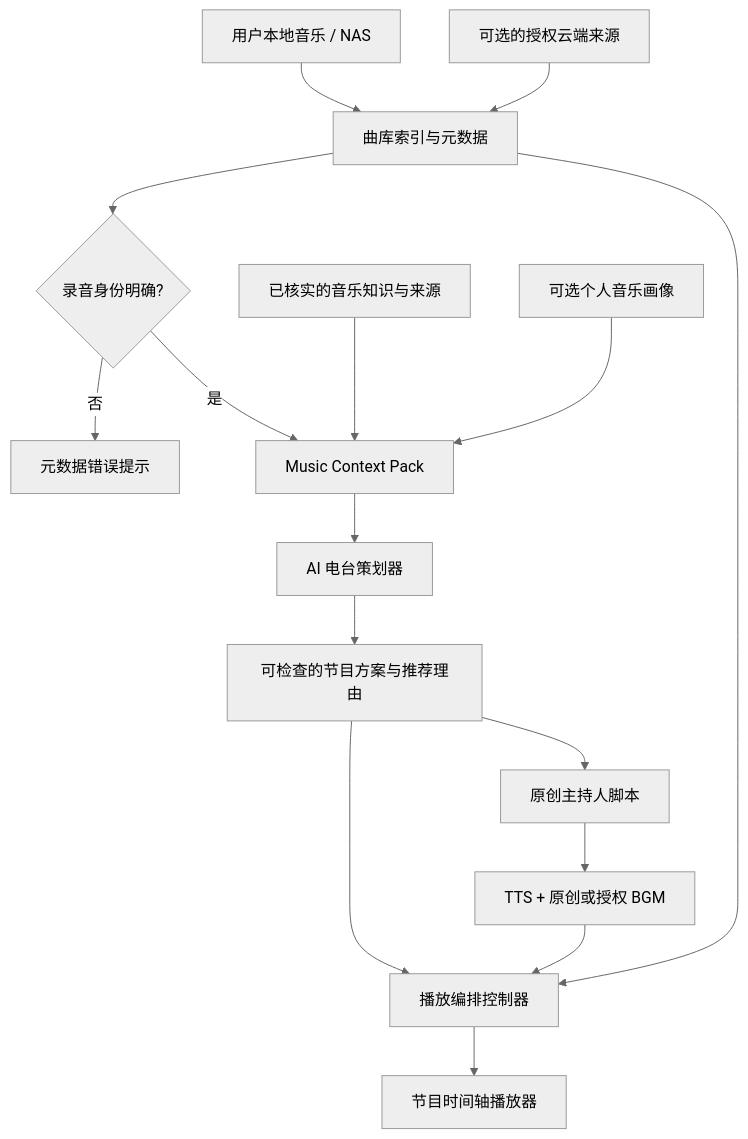
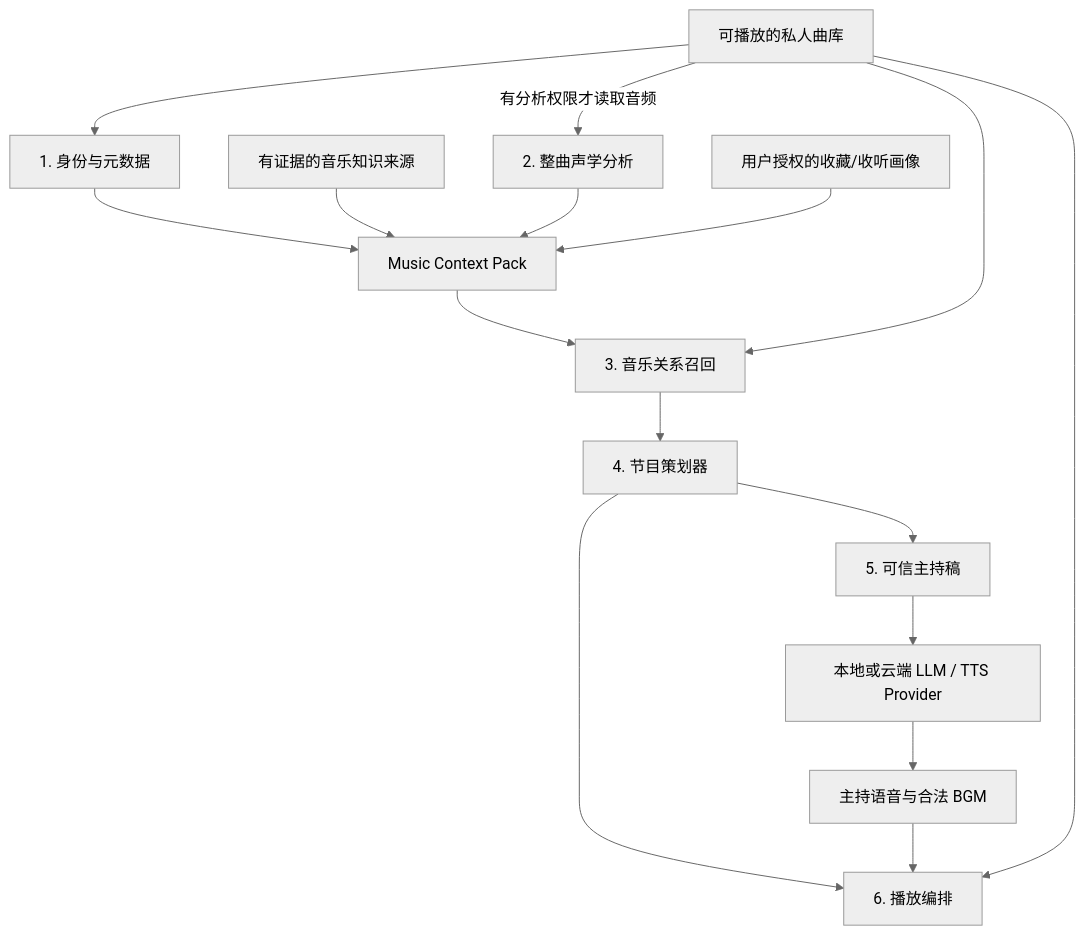
Before and after one commit to JohnnyBGoodeLithium/AI-Music-Radio: the diagram in docs/04-conceptual-architecture.zh-CN.md, drawn with Mermaid (neutral theme). The commit also changed other lines of this file, not shown here.

Commit message:
docs: clarify MVP, music intelligence and server/model boundaries (docs/04-conceptual-architecture.zh-CN.md)

````diff
--- a/docs/04-conceptual-architecture.zh-CN.md
+++ b/docs/04-conceptual-architecture.zh-CN.md
@@ -7,18 +26,18 @@
 ```mermaid
 flowchart TD
-  A[用户本地音乐 / NAS] --> B[曲库索引与元数据]
-  C[可选的授权云端来源] --> B
-  B --> D{录音身份明确?}
-  D -->|否| X[元数据错误提示]
-  D -->|是| E[Music Context Pack]
-  F[已核实的音乐知识与来源] --> E
-  G[可选个人音乐画像] --> E
-  E --> H[AI 电台策划器]
-  H --> I[可检查的节目方案与推荐理由]
-  I --> J[原创主持人脚本]
-  J --> K[TTS + 原创或授权 BGM]
-  I --> L[播放编排控制器]
-  K --> L
-  B --> L
-  L --> M[节目时间轴播放器]
+  S[可播放的私人曲库] --> ID[1. 身份与元数据]
+  ID --> CTX[Music Context Pack]
+  K[有证据的音乐知识来源] --> CTX
+  S -->|有分析权限才读取音频| AF[2. 整曲声学分析]
+  AF --> CTX
+  P[用户授权的收藏/收听画像] --> CTX
+  CTX --> RET[3. 音乐关系召回]
+  S --> RET
+  RET --> PLAN[4. 节目策划器]
+  PLAN --> SCRIPT[5. 可信主持稿]
+  SCRIPT --> PROVIDER[本地或云端 LLM / TTS Provider]
+  PROVIDER --> ASSET[主持语音与合法 BGM]
+  PLAN --> PLAY[6. 播放编排]
+  ASSET --> PLAY
+  S --> PLAY
 ```
````
